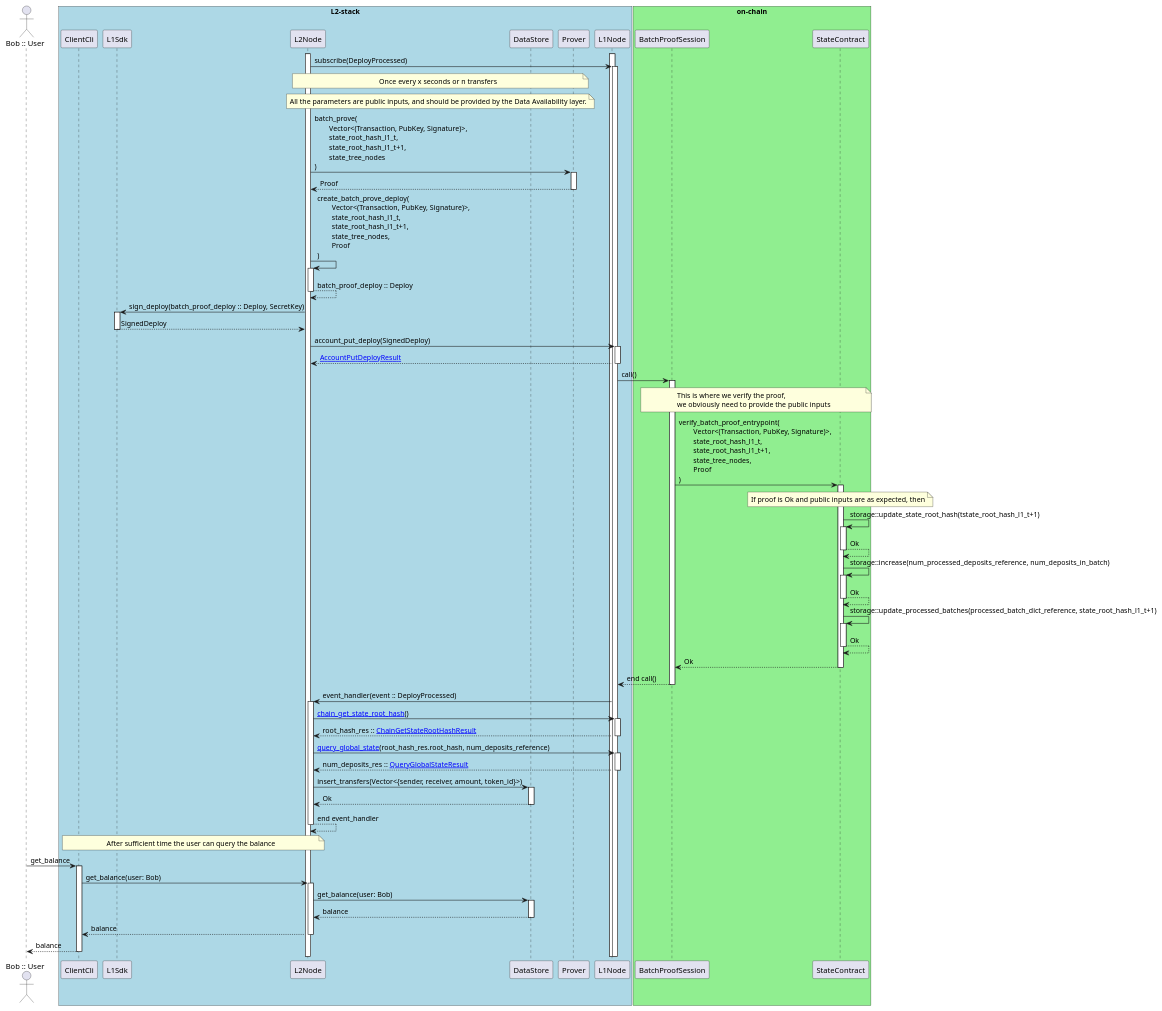
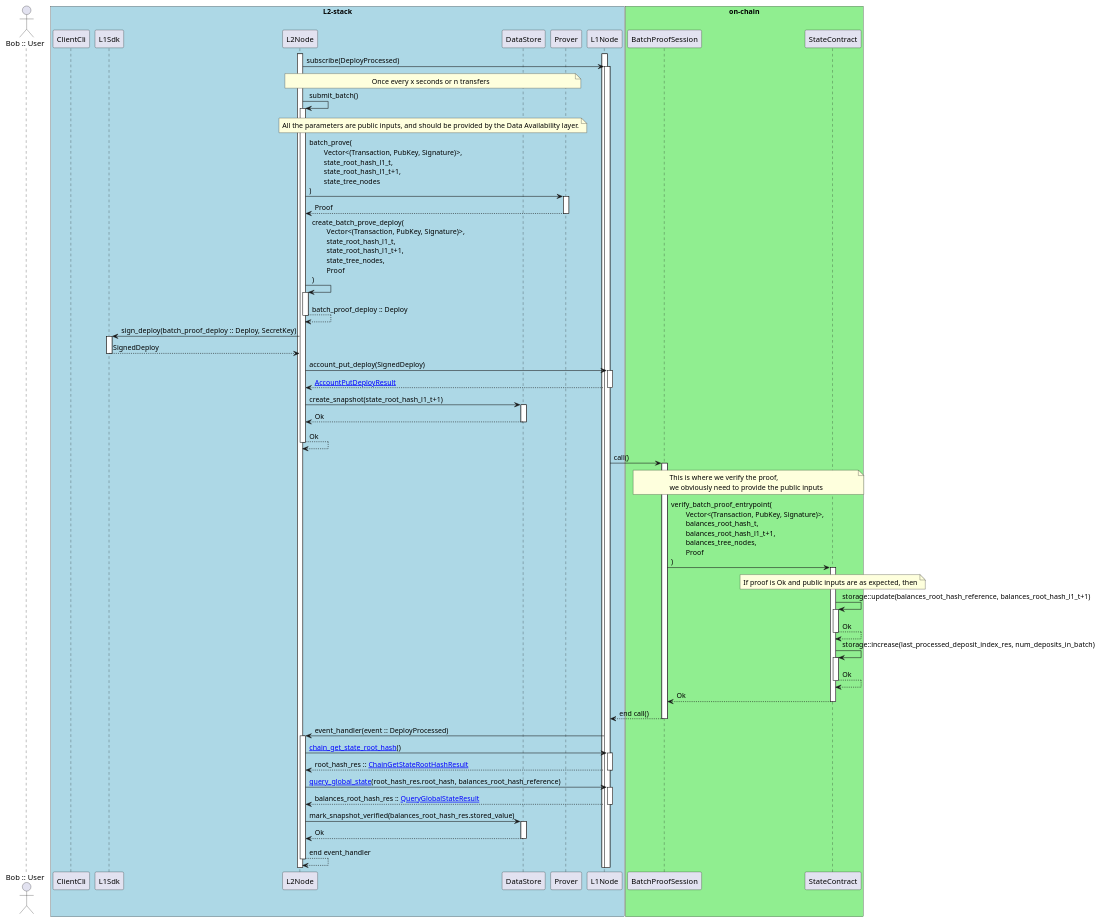
Before and after one commit to cspr-rad/kairos-spec: the diagram in diagrams/batch_prove_v2.puml, drawn with PlantUML.

Commit message:
diagrams: update batch_prove

```diff
--- a/diagrams/batch_prove_v2.puml
+++ b/diagrams/batch_prove_v2.puml
@@ -1,83 +1,81 @@
 @startuml
 autoactivate on
 actor "Bob :: User" as Bob
 box "L2-stack" #LightBlue
 participant ClientCli
 participant L1Sdk
 participant L2Node
 participant DataStore
 participant Prover
 participant L1Node
 end box
 box "on-chain" #LightGreen
 participant BatchProofSession
 participant StateContract
 end box
 
 activate L1Node
 activate L2Node
 
 L2Node -> L1Node: subscribe(DeployProcessed)
 
 note over L2Node, Prover
 Once every x seconds or n transfers
 end note
+
+L2Node -> L2Node: submit_batch()
+
 note over L2Node, Prover
 All the parameters are public inputs, and should be provided by the Data Availability layer.
 end note
 L2Node -> Prover: batch_prove(\n\tVector<(Transaction, PubKey, Signature)>,\n\tstate_root_hash_l1_t,\n\tstate_root_hash_l1_t+1,\n\tstate_tree_nodes\n)
 Prover --> L2Node: Proof
 
 
 L2Node -> L2Node: create_batch_prove_deploy(\n\tVector<(Transaction, PubKey, Signature)>,\n\tstate_root_hash_l1_t,\n\tstate_root_hash_l1_t+1,\n\tstate_tree_nodes,\n\tProof\n)
 L2Node --> L2Node: batch_proof_deploy :: Deploy
 
 L2Node -> L1Sdk: sign_deploy(batch_proof_deploy :: Deploy, SecretKey)
 L1Sdk --> L2Node: SignedDeploy
 
 L2Node -> L1Node: account_put_deploy(SignedDeploy)
 L1Node --> L2Node: [[https://docs.casper.network/developers/json-rpc/json-rpc-transactional/#account_put_deploy_result AccountPutDeployResult]]
 
+L2Node -> DataStore: create_snapshot(state_root_hash_l1_t+1)
+DataStore --> L2Node: Ok
+
+L2Node --> L2Node: Ok
+
 L1Node -> BatchProofSession: call()
 
 note over BatchProofSession, StateContract
 This is where we verify the proof,
 we obviously need to provide the public inputs
 end note
 
-BatchProofSession -> StateContract: verify_batch_proof_entrypoint(\n\tVector<(Transaction, PubKey, Signature)>,\n\tstate_root_hash_l1_t,\n\tstate_root_hash_l1_t+1,\n\tstate_tree_nodes,\n\tProof\n)
+BatchProofSession -> StateContract: verify_batch_proof_entrypoint(\n\tVector<(Transaction, PubKey, Signature)>,\n\tbalances_root_hash_t,\n\tbalances_root_hash_l1_t+1,\n\tbalances_tree_nodes,\n\tProof\n)
 
 note over StateContract, StateContract
 If proof is Ok and public inputs are as expected, then
 end note
-StateContract -> StateContract: storage::update_state_root_hash(tstate_root_hash_l1_t+1)
+StateContract -> StateContract: storage::update(balances_root_hash_reference, balances_root_hash_l1_t+1)
 StateContract --> StateContract: Ok
-StateContract -> StateContract: storage::increase(num_processed_deposits_reference, num_deposits_in_batch)
-StateContract --> StateContract: Ok
-StateContract -> StateContract: storage::update_processed_batches(processed_batch_dict_reference, state_root_hash_l1_t+1)
+StateContract -> StateContract: storage::increase(last_processed_deposit_index_res, num_deposits_in_batch)
 StateContract --> StateContract: Ok
 StateContract --> BatchProofSession: Ok 
 BatchProofSession --> L1Node: end call()
 
 L1Node -> L2Node: event_handler(event :: DeployProcessed)
 
 L2Node -> L1Node: [[https://docs.casper.network/developers/json-rpc/json-rpc-informational/#chain-get-state-root-hash chain_get_state_root_hash]]()
 L1Node --> L2Node: root_hash_res :: [[https://docs.casper.network/developers/json-rpc/json-rpc-informational/#chain_get_state_root_hash_result ChainGetStateRootHashResult]]
 
-L2Node -> L1Node: [[https://docs.casper.network/developers/json-rpc/json-rpc-informational/#query-global-state query_global_state]](root_hash_res.root_hash, num_deposits_reference)
-L1Node --> L2Node: num_deposits_res :: [[https://docs.casper.network/developers/json-rpc/json-rpc-informational/#query_global_state_result QueryGlobalStateResult]]
+L2Node -> L1Node: [[https://docs.casper.network/developers/json-rpc/json-rpc-informational/#query-global-state query_global_state]](root_hash_res.root_hash, balances_root_hash_reference)
+L1Node --> L2Node: balances_root_hash_res :: [[https://docs.casper.network/developers/json-rpc/json-rpc-informational/#query_global_state_result QueryGlobalStateResult]]
 
-L2Node -> DataStore: insert_transfers(Vector<{sender, receiver, amount, token_id}>)
+
+L2Node -> DataStore: mark_snapshot_verified(balances_root_hash_res.stored_value)
 DataStore --> L2Node: Ok
 L2Node --> L2Node: end event_handler
 
-note over ClientCli, L2Node
-After sufficient time the user can query the balance
-end note
-Bob -> ClientCli: get_balance
-ClientCli -> L2Node: get_balance(user: Bob)
-L2Node -> DataStore: get_balance(user: Bob)
-DataStore --> L2Node: balance
-L2Node --> ClientCli: balance
-ClientCli --> Bob: balance
 @enduml
```
